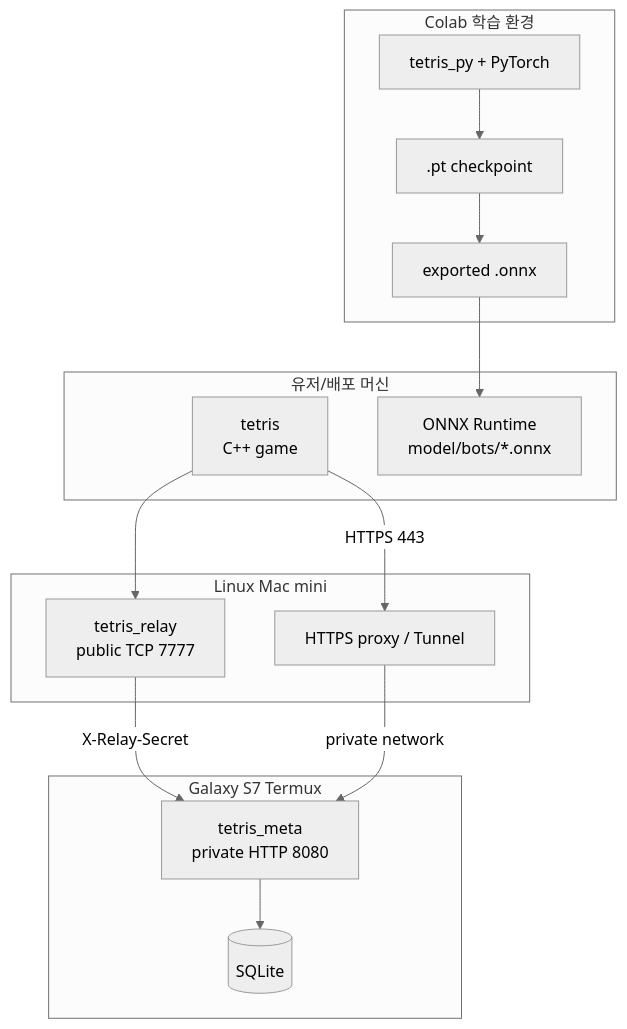
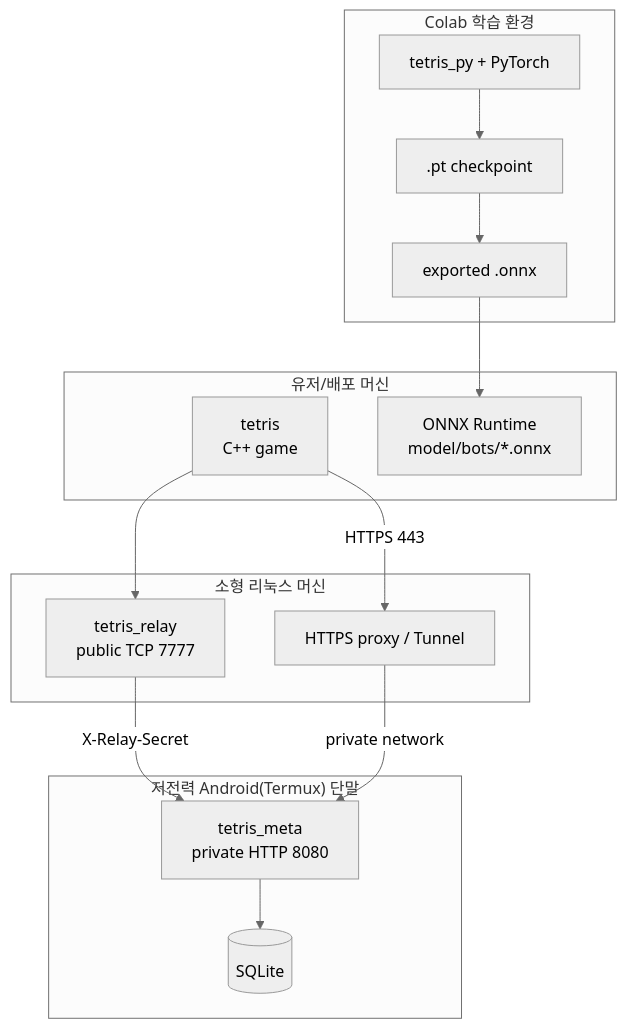
Before and after one commit to Rein-ArXiv/Tetris-Multiplayer-RL: the second of 2 diagrams in docs/blog/README.md, drawn with Mermaid (neutral theme). The commit also changed other lines of this file and 28 other files, not shown here.

````diff
--- a/docs/blog/README.md
+++ b/docs/blog/README.md
@@ -173,30 +173,30 @@
 ```mermaid
 graph TB
     subgraph User["유저/배포 머신"]
         G[tetris<br/>C++ game]
         ORT[ONNX Runtime<br/>model/bots/*.onnx]
     end
 
-    subgraph RelayHost["Linux Mac mini"]
+    subgraph RelayHost["소형 리눅스 머신"]
         R[tetris_relay<br/>public TCP 7777]
         E[HTTPS proxy / Tunnel]
     end
 
-    subgraph MetaHost["Galaxy S7 Termux"]
+    subgraph MetaHost["저전력 Android(Termux) 단말"]
         M[tetris_meta<br/>private HTTP 8080]
         DB[(SQLite)]
     end
 
     subgraph Colab["Colab 학습 환경"]
         PY[tetris_py + PyTorch]
         CKPT[.pt checkpoint]
         ONNX[exported .onnx]
     end
 
     G --> R
     G -- HTTPS 443 --> E
     R -- X-Relay-Secret --> M
     E -- private network --> M
     M --> DB
     PY --> CKPT --> ONNX --> ORT
 ```
````
